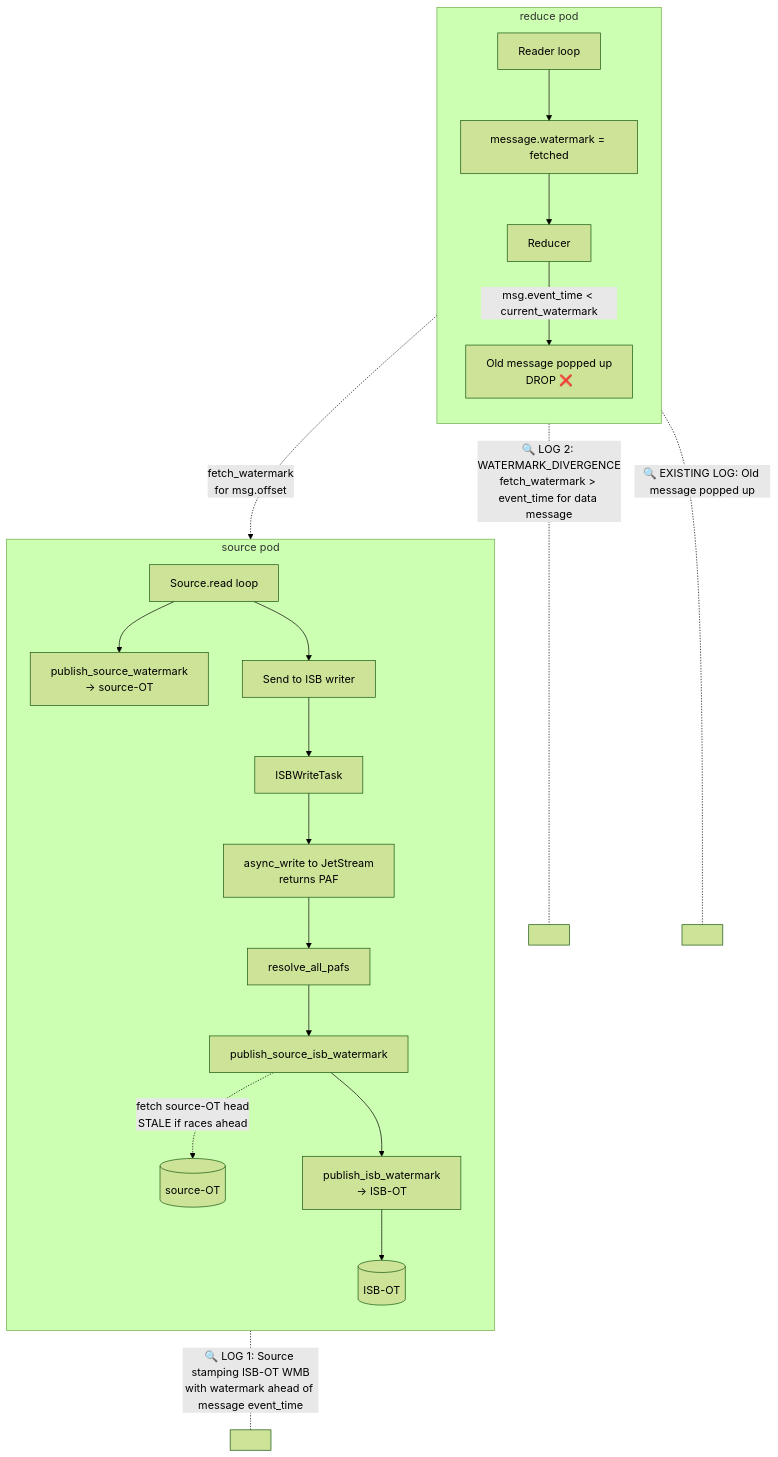
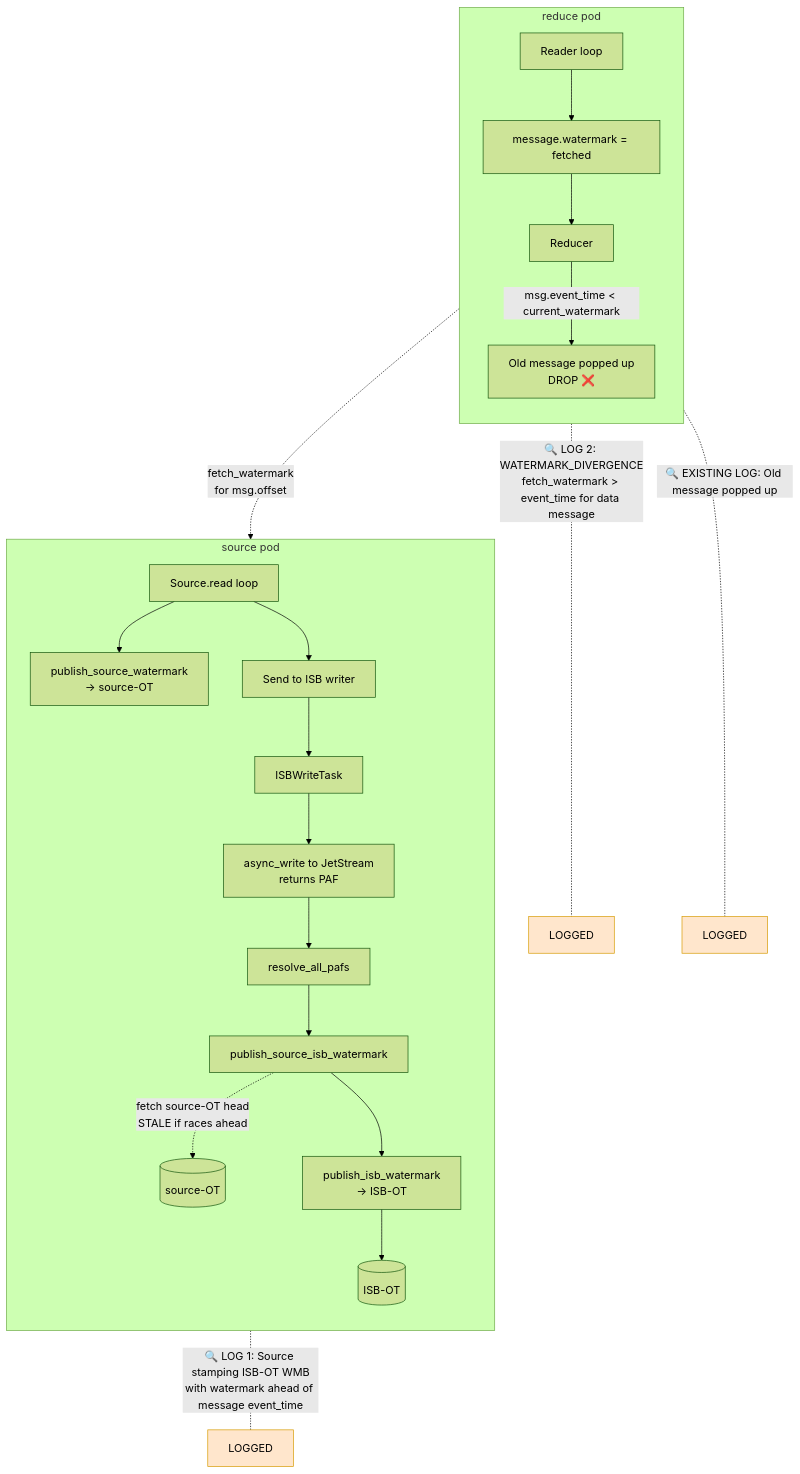
One commit to numaproj/numaflow changed the third of 6 diagrams in reduce-bug-explanation.md. Above: the diagram before and after it, drawn with Mermaid (forest theme).

Commit message:
explanation mermaid fix

````diff
--- a/reduce-bug-explanation.md
+++ b/reduce-bug-explanation.md
@@ -199,27 +199,31 @@
 ```mermaid
 flowchart TB
     subgraph "source pod"
         direction TB
         SR[Source.read loop] --> SPW[publish_source_watermark<br/>→ source-OT]
         SR --> WT[Send to ISB writer]
         WT --> WS[ISBWriteTask]
         WS --> PUB[async_write to JetStream<br/>returns PAF]
         PUB --> RES[resolve_all_pafs]
         RES --> PIW[publish_source_isb_watermark]
         PIW -.->|fetch source-OT head<br/>STALE if races ahead| SOT[(source-OT)]
         PIW --> POW[publish_isb_watermark<br/>→ ISB-OT]
         POW --> IOT[(ISB-OT)]
     end
 
     subgraph "reduce pod"
         direction TB
         RR[Reader loop] -.->|fetch_watermark<br/>for msg.offset| IOT
         RR --> RM[message.watermark = fetched]
         RM --> RD[Reducer]
         RD -->|msg.event_time < current_watermark| DROP[Old message popped up<br/>DROP ❌]
     end
 
-    PIW -. "🔍 LOG 1: Source stamping ISB-OT WMB<br/>with watermark ahead of message event_time" .- LOG1[ ]
-    RM -. "🔍 LOG 2: WATERMARK_DIVERGENCE<br/>fetch_watermark > event_time for data message" .- LOG2[ ]
-    DROP -. "🔍 EXISTING LOG: Old message popped up" .- LOG3[ ]
+    PIW -. "🔍 LOG 1: Source stamping ISB-OT WMB<br/>with watermark ahead of message event_time" .- LOG1[ LOGGED ]
+    RM -. "🔍 LOG 2: WATERMARK_DIVERGENCE<br/>fetch_watermark > event_time for data message" .- LOG2[ LOGGED ]
+    DROP -. "🔍 EXISTING LOG: Old message popped up" .- LOG3[ LOGGED ]
+
+    style LOG1 fill:#ffe6cc,stroke:#d79b00
+    style LOG2 fill:#ffe6cc,stroke:#d79b00
+    style LOG3 fill:#ffe6cc,stroke:#d79b00
 ```
````
